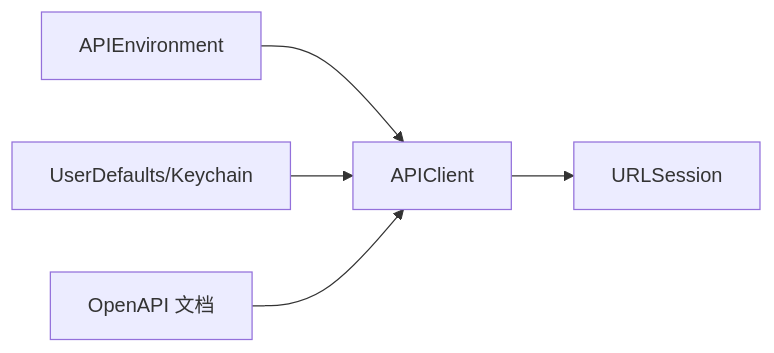
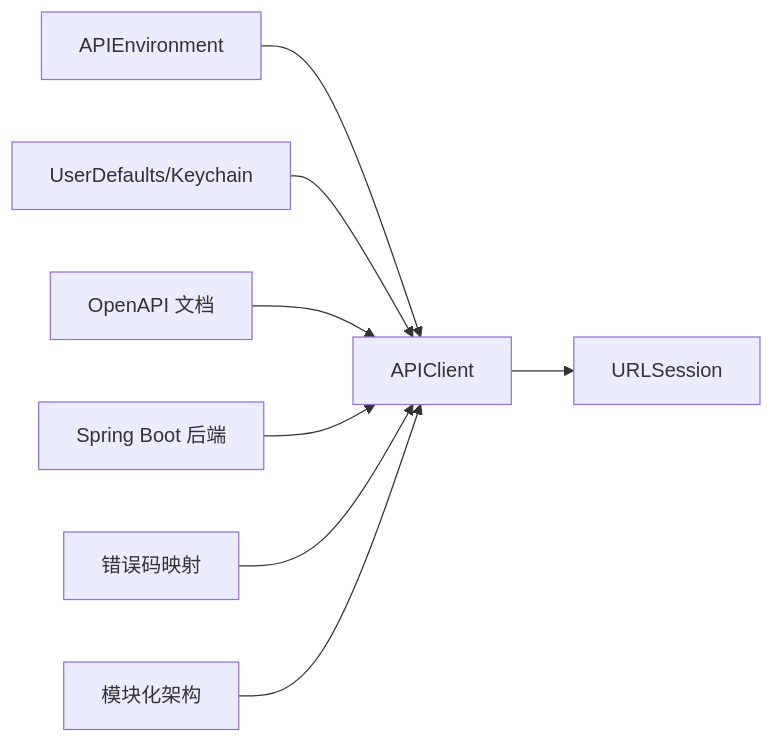
One commit to Jayden23018/blind-run-ios changed the fifth of 5 diagrams in .qoder/repowiki/zh/content/架构设计/API 环境配置.md. Above: the diagram before and after it, drawn with Mermaid. The commit also changed other lines of this file and 10 other files, not shown here.

````diff
--- a/.qoder/repowiki/zh/content/架构设计/API 环境配置.md
+++ b/.qoder/repowiki/zh/content/架构设计/API 环境配置.md
@@ -249,7 +320,10 @@
 ```mermaid
 graph LR
 ENV["APIEnvironment"] --> AC["APIClient"]
 TOK["UserDefaults/Keychain"] --> AC
 AC --> NET["URLSession"]
 DOC["OpenAPI 文档"] --> AC
+BACK["Spring Boot 后端"] --> AC
+ERR["错误码映射"] --> AC
+MOD["模块化架构"] --> AC
 ```
````
